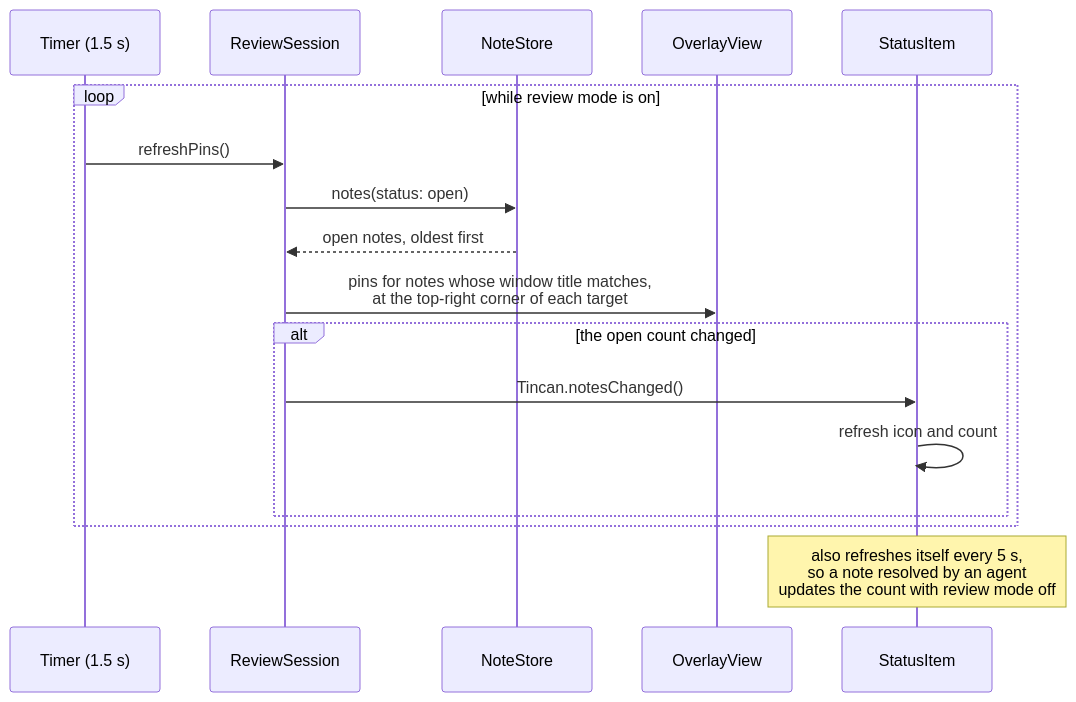
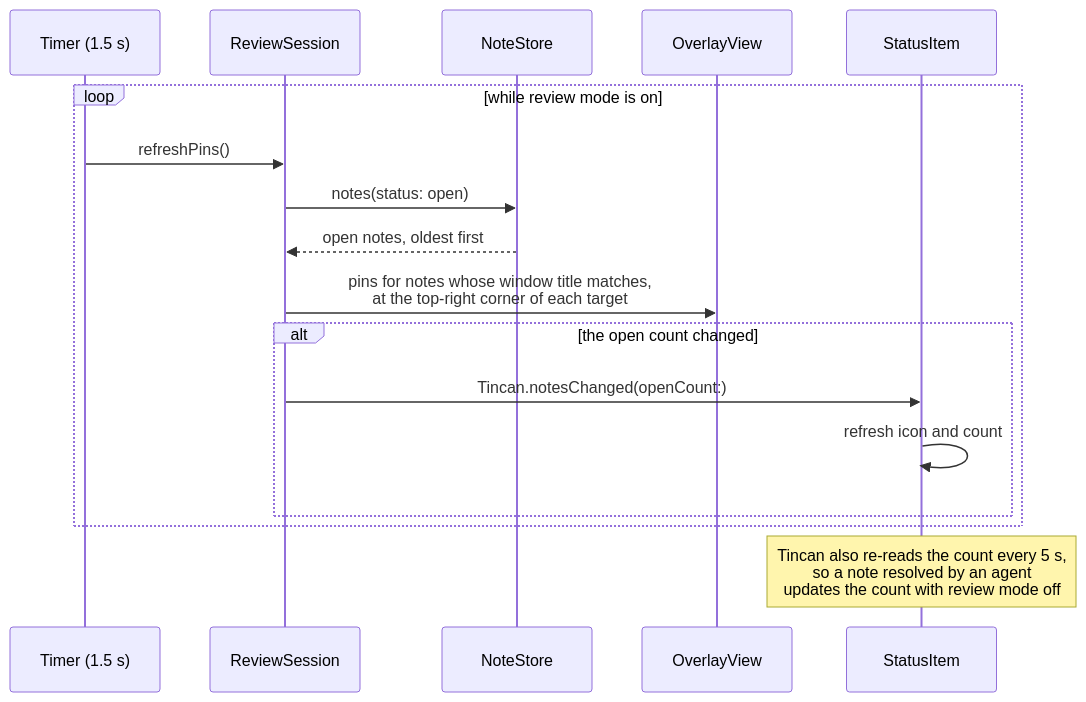
Before and after one commit to ordinarynerds/tincan: the tenth of 19 diagrams in docs/ARCHITECTURE.md, drawn with Mermaid. The commit also changed other lines of this file and 9 other files, not shown here.

First line of the commit message:
Add a floating bar, so review mode works without the keyboard

````diff
--- a/docs/ARCHITECTURE.md
+++ b/docs/ARCHITECTURE.md
@@ -272,20 +276,20 @@
 ```mermaid
 sequenceDiagram
     participant T as Timer (1.5 s)
     participant S as ReviewSession
     participant D as NoteStore
     participant O as OverlayView
     participant M as StatusItem
 
     loop while review mode is on
         T->>S: refreshPins()
         S->>D: notes(status: open)
         D-->>S: open notes, oldest first
         S->>O: pins for notes whose window title matches,<br/>at the top-right corner of each target
         alt the open count changed
-            S->>M: Tincan.notesChanged()
+            S->>M: Tincan.notesChanged(openCount:)
             M->>M: refresh icon and count
         end
     end
-    Note over M: also refreshes itself every 5 s,<br/>so a note resolved by an agent<br/>updates the count with review mode off
+    Note over M: Tincan also re-reads the count every 5 s,<br/>so a note resolved by an agent<br/>updates the count with review mode off
 ```
````
